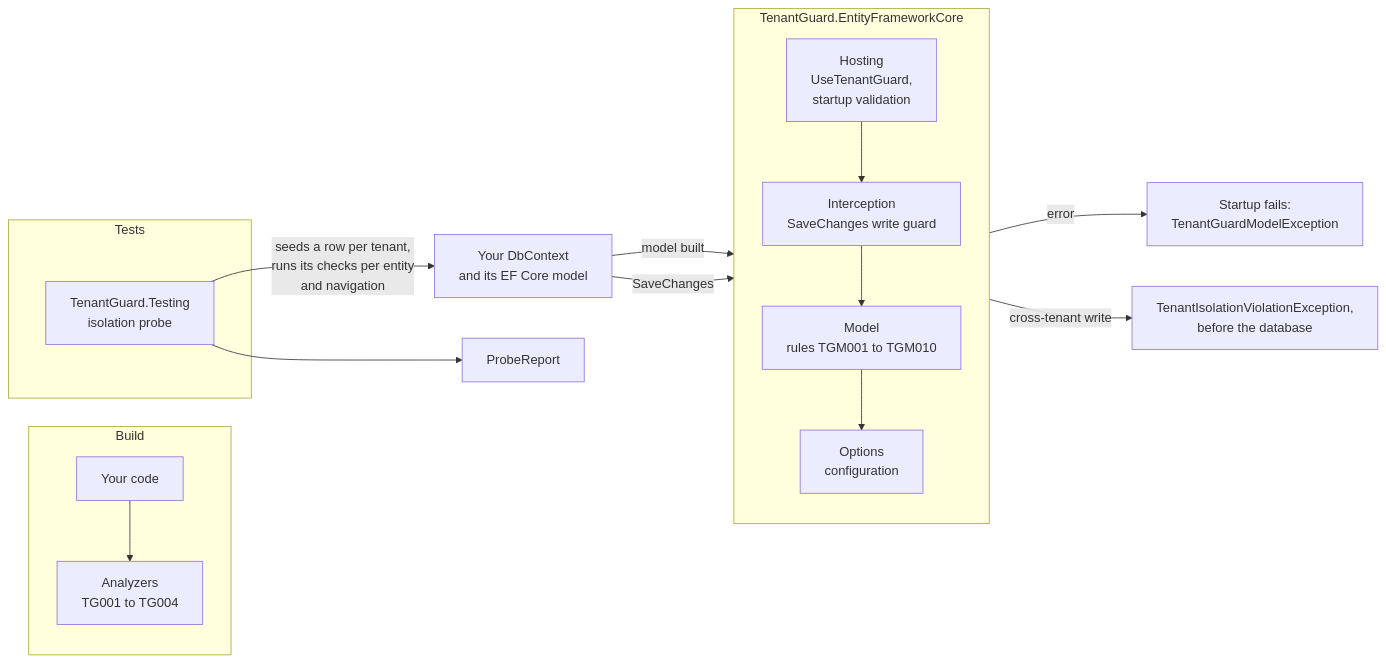
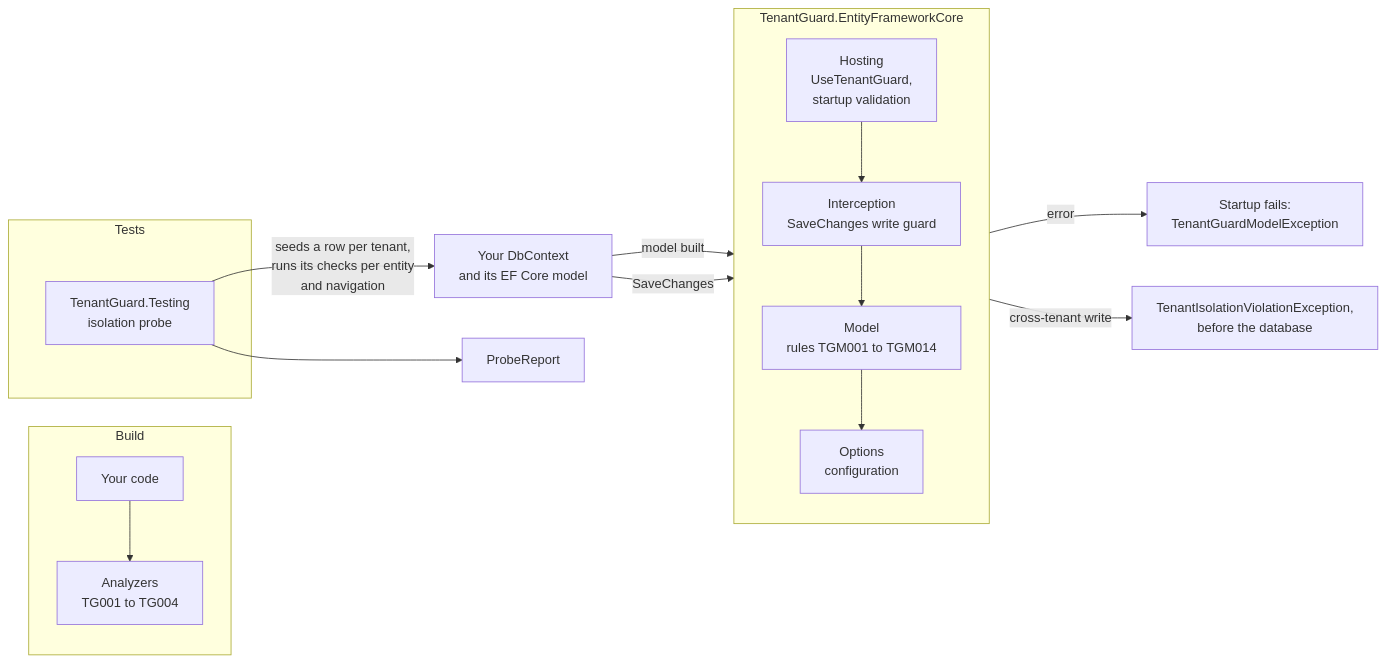
One commit to jimmykurian/tenantguard changed the diagram in README.md. Above: the diagram before and after it, drawn with Mermaid. The commit also changed other lines of this file and 23 other files, not shown here.

````diff
--- a/README.md
+++ b/README.md
@@ -230,23 +234,23 @@
 ```mermaid
 flowchart LR
     subgraph build["Build"]
         src["Your code"] --> analyzers["Analyzers<br/>TG001 to TG004"]
     end
     subgraph runtime["TenantGuard.EntityFrameworkCore"]
         direction TB
         hosting["Hosting<br/>UseTenantGuard,<br/>startup validation"]
         guard["Interception<br/>SaveChanges write guard"]
-        rules["Model<br/>rules TGM001 to TGM010"]
+        rules["Model<br/>rules TGM001 to TGM014"]
         options["Options<br/>configuration"]
         hosting --> guard --> rules --> options
     end
     subgraph tests["Tests"]
         probe["TenantGuard.Testing<br/>isolation probe"]
     end
     model["Your DbContext<br/>and its EF Core model"] -->|"model built"| rules
     model -->|"SaveChanges"| guard
     rules -->|"error"| fail["Startup fails:<br/>TenantGuardModelException"]
     guard -->|"cross-tenant write"| block["TenantIsolationViolationException,<br/>before the database"]
     probe -->|"seeds a row per tenant,<br/>runs its checks per entity<br/>and navigation"| model
     probe --> report["ProbeReport"]
 ```
````
